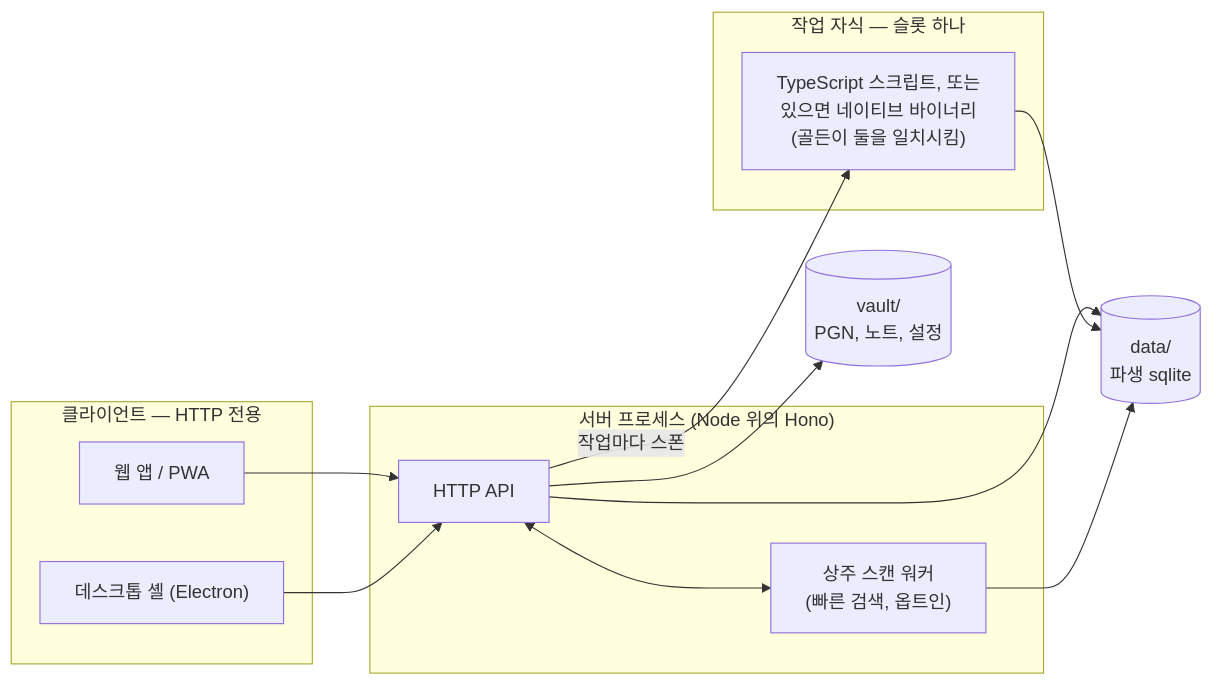
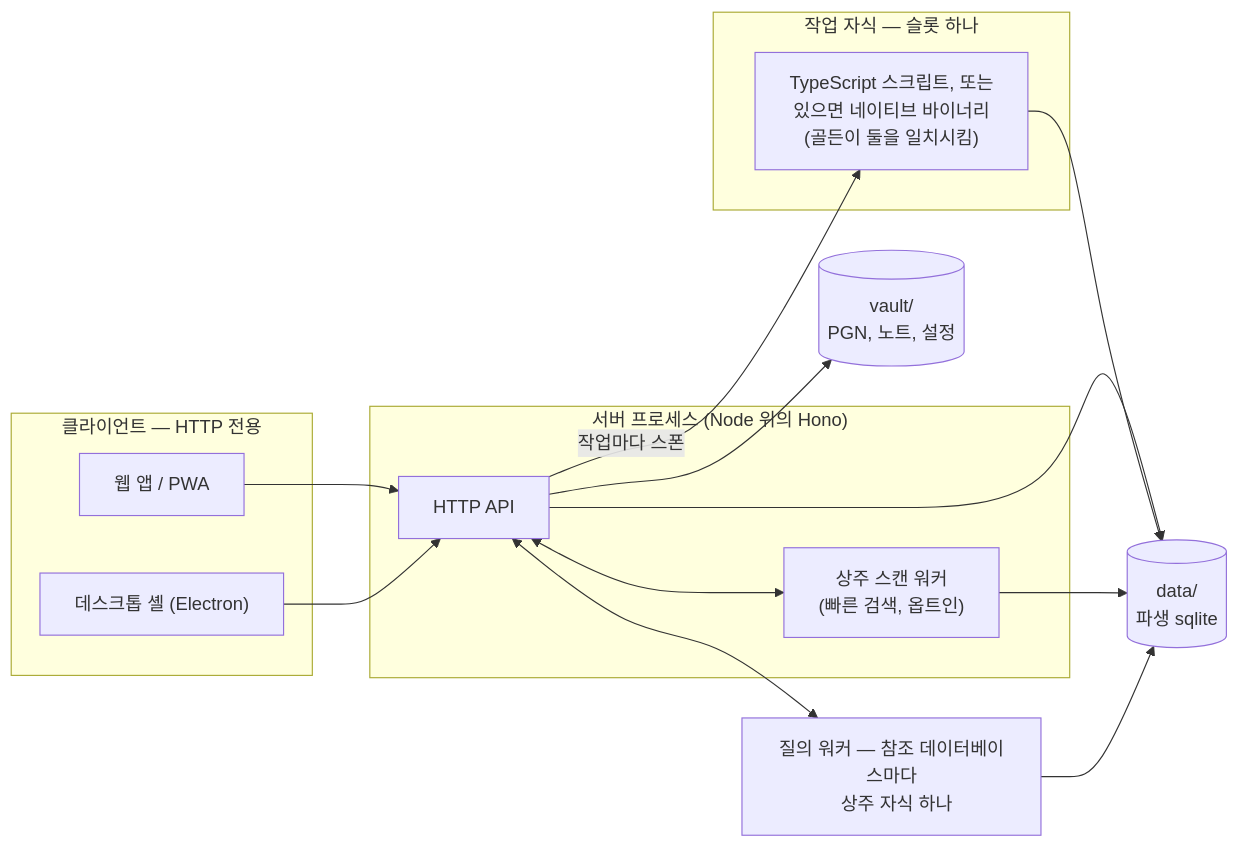
Before and after one commit to chessvault-app/chessvault: the diagram in docs/architecture.ko.md, drawn with Mermaid. The commit also changed other lines of this file and 4 other files, not shown here.

````diff
--- a/docs/architecture.ko.md
+++ b/docs/architecture.ko.md
@@ -59,29 +59,33 @@
 ```mermaid
 flowchart LR
   subgraph clients ["클라이언트 — HTTP 전용"]
     web["웹 앱 / PWA"]
     desk["데스크톱 셸 (Electron)"]
   end
   subgraph srv ["서버 프로세스 (Node 위의 Hono)"]
     api["HTTP API"]
     scanw["상주 스캔 워커
     (빠른 검색, 옵트인)"]
   end
   subgraph jobs ["작업 자식 — 슬롯 하나"]
     impl["TypeScript 스크립트, 또는
     있으면 네이티브 바이너리
     (골든이 둘을 일치시킴)"]
   end
   vault[("vault/
   PGN, 노트, 설정")]
   data[("data/
   파생 sqlite")]
   web --> api
   desk --> api
   api --> vault
   api --> data
   api -- "작업마다 스폰" --> impl
   impl --> data
   api <--> scanw
   scanw --> data
+  qw["질의 워커 — 참조 데이터베이스마다
+  상주 자식 하나"]
+  api <--> qw
+  qw --> data
 ```
````
